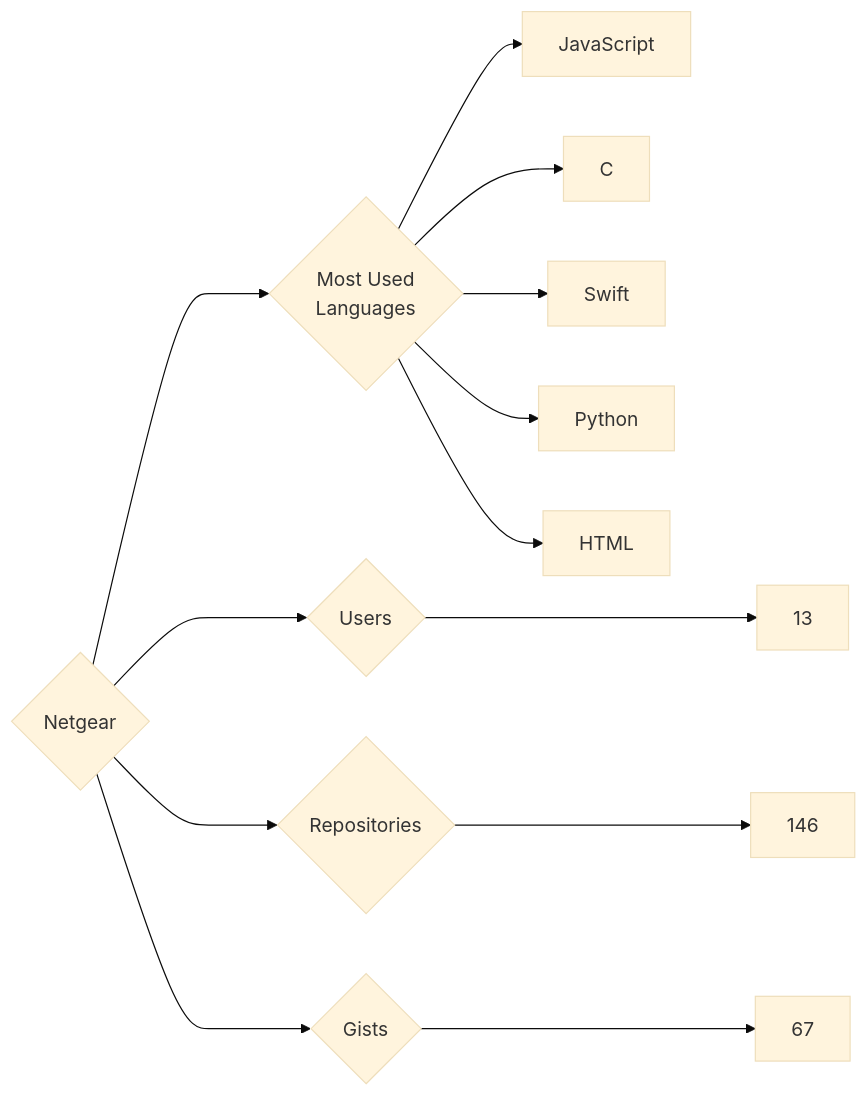
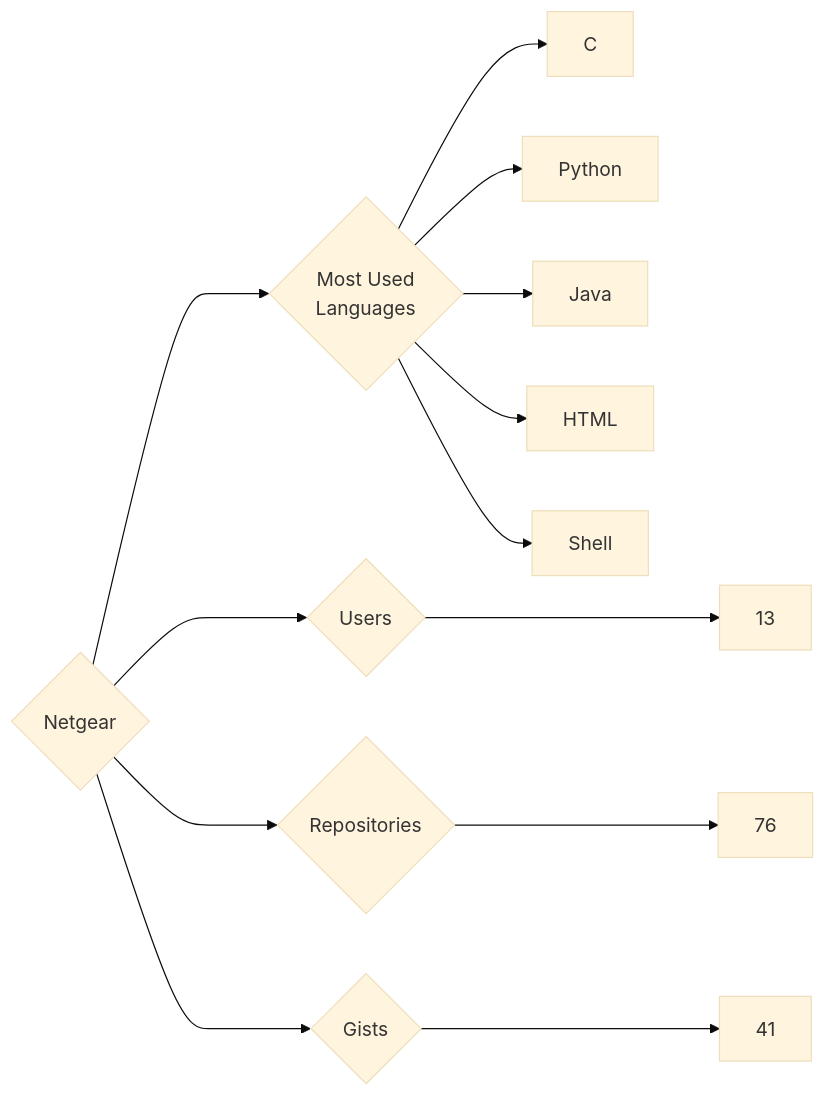
Before and after one commit to trickest/insiders: the diagram in targets/Netgear/README.md, drawn with Mermaid (base theme). The commit also changed 955 other files, not shown here.

````diff
--- a/targets/Netgear/README.md
+++ b/targets/Netgear/README.md
@@ -3,13 +3,13 @@
 ```mermaid
 graph LR
 COMPANY_NAME{Netgear}
 COMPANY_NAME ---> U{Users} ---> UN[13]
-COMPANY_NAME ---> R{Repositories} ---> RN[146]
-COMPANY_NAME ---> G{Gists} ---> GN[67]
+COMPANY_NAME ---> R{Repositories} ---> RN[76]
+COMPANY_NAME ---> G{Gists} ---> GN[41]
 COMPANY_NAME ---> ML{Most Used<br>Languages}
-ML --> JavaScript[JavaScript]
 ML --> C[C]
-ML --> Swift[Swift]
 ML --> Python[Python]
+ML --> Java[Java]
 ML --> HTML[HTML]
+ML --> Shell[Shell]
 ```
````
